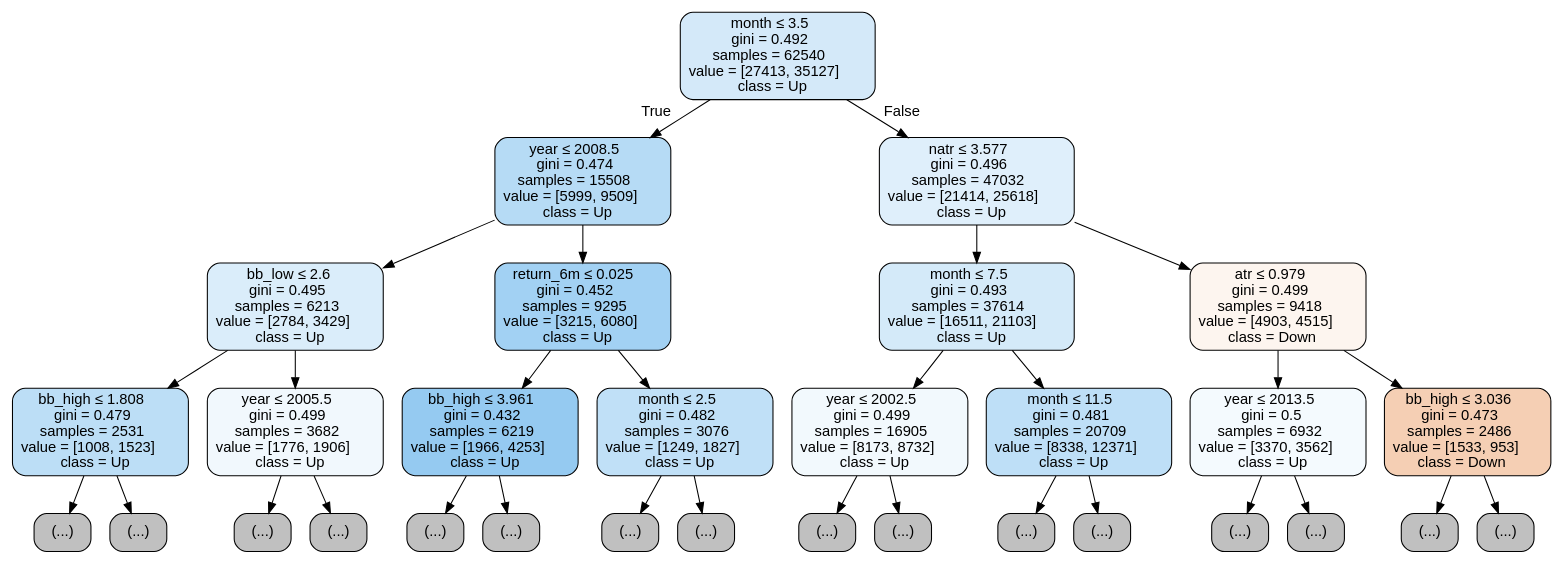
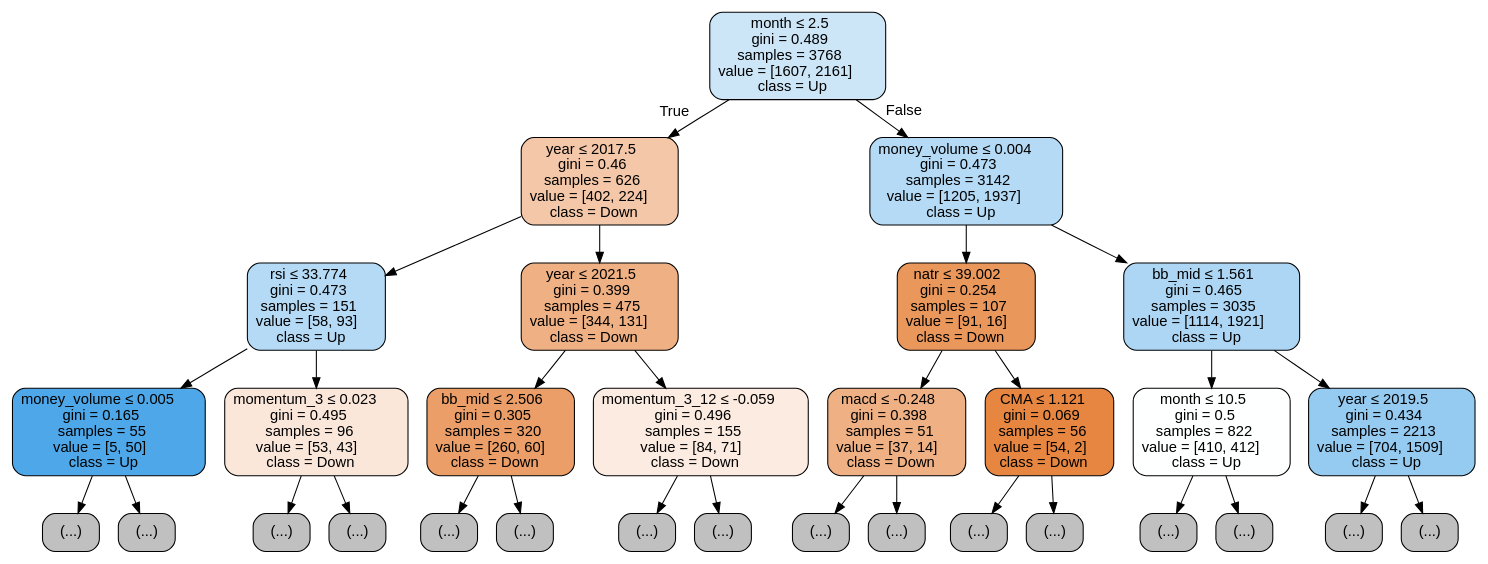
The diagram in notebooks/results/decision_trees/clf_tree.dot (roboadvisor-fiuba/portfolio-predictor), drawn with Graphviz before and after one commit. The commit also changed 11 other files, not shown here.

```diff
--- a/notebooks/results/decision_trees/clf_tree.dot
+++ b/notebooks/results/decision_trees/clf_tree.dot
@@ -1,65 +1,65 @@
 digraph Tree {
 node [shape=box, style="filled, rounded", color="black", fontname="helvetica"] ;
 edge [fontname="helvetica"] ;
-0 [label=<month &le; 3.5<br/>gini = 0.492<br/>samples = 62540<br/>value = [27413, 35127]<br/>class = Up>, fillcolor="#d4e9f9"] ;
-1 [label=<year &le; 2008.5<br/>gini = 0.474<br/>samples = 15508<br/>value = [5999, 9509]<br/>class = Up>, fillcolor="#b6dbf5"] ;
+0 [label=<month &le; 2.5<br/>gini = 0.489<br/>samples = 3768<br/>value = [1607, 2161]<br/>class = Up>, fillcolor="#cce6f8"] ;
+1 [label=<year &le; 2017.5<br/>gini = 0.46<br/>samples = 626<br/>value = [402, 224]<br/>class = Down>, fillcolor="#f3c7a7"] ;
 0 -> 1 [labeldistance=2.5, labelangle=45, headlabel="True"] ;
-2 [label=<bb_low &le; 2.6<br/>gini = 0.495<br/>samples = 6213<br/>value = [2784, 3429]<br/>class = Up>, fillcolor="#daedfa"] ;
+2 [label=<rsi &le; 33.774<br/>gini = 0.473<br/>samples = 151<br/>value = [58, 93]<br/>class = Up>, fillcolor="#b4daf5"] ;
 1 -> 2 ;
-3 [label=<bb_high &le; 1.808<br/>gini = 0.479<br/>samples = 2531<br/>value = [1008, 1523]<br/>class = Up>, fillcolor="#bcdef6"] ;
+3 [label=<money_volume &le; 0.005<br/>gini = 0.165<br/>samples = 55<br/>value = [5, 50]<br/>class = Up>, fillcolor="#4da7e8"] ;
 2 -> 3 ;
 4 [label="(...)", fillcolor="#C0C0C0"] ;
 3 -> 4 ;
-7 [label="(...)", fillcolor="#C0C0C0"] ;
-3 -> 7 ;
-10 [label=<year &le; 2005.5<br/>gini = 0.499<br/>samples = 3682<br/>value = [1776, 1906]<br/>class = Up>, fillcolor="#f1f8fd"] ;
-2 -> 10 ;
-11 [label="(...)", fillcolor="#C0C0C0"] ;
-10 -> 11 ;
-14 [label="(...)", fillcolor="#C0C0C0"] ;
-10 -> 14 ;
-17 [label=<return_6m &le; 0.025<br/>gini = 0.452<br/>samples = 9295<br/>value = [3215, 6080]<br/>class = Up>, fillcolor="#a2d1f3"] ;
-1 -> 17 ;
-18 [label=<bb_high &le; 3.961<br/>gini = 0.432<br/>samples = 6219<br/>value = [1966, 4253]<br/>class = Up>, fillcolor="#95caf1"] ;
-17 -> 18 ;
-19 [label="(...)", fillcolor="#C0C0C0"] ;
-18 -> 19 ;
-22 [label="(...)", fillcolor="#C0C0C0"] ;
-18 -> 22 ;
-25 [label=<month &le; 2.5<br/>gini = 0.482<br/>samples = 3076<br/>value = [1249, 1827]<br/>class = Up>, fillcolor="#c0e0f7"] ;
-17 -> 25 ;
-26 [label="(...)", fillcolor="#C0C0C0"] ;
-25 -> 26 ;
-29 [label="(...)", fillcolor="#C0C0C0"] ;
-25 -> 29 ;
-32 [label=<natr &le; 3.577<br/>gini = 0.496<br/>samples = 47032<br/>value = [21414, 25618]<br/>class = Up>, fillcolor="#dfeffb"] ;
-0 -> 32 [labeldistance=2.5, labelangle=-45, headlabel="False"] ;
-33 [label=<month &le; 7.5<br/>gini = 0.493<br/>samples = 37614<br/>value = [16511, 21103]<br/>class = Up>, fillcolor="#d4eaf9"] ;
+5 [label="(...)", fillcolor="#C0C0C0"] ;
+3 -> 5 ;
+8 [label=<momentum_3 &le; 0.023<br/>gini = 0.495<br/>samples = 96<br/>value = [53, 43]<br/>class = Down>, fillcolor="#fae7da"] ;
+2 -> 8 ;
+9 [label="(...)", fillcolor="#C0C0C0"] ;
+8 -> 9 ;
+12 [label="(...)", fillcolor="#C0C0C0"] ;
+8 -> 12 ;
+15 [label=<year &le; 2021.5<br/>gini = 0.399<br/>samples = 475<br/>value = [344, 131]<br/>class = Down>, fillcolor="#efb184"] ;
+1 -> 15 ;
+16 [label=<bb_mid &le; 2.506<br/>gini = 0.305<br/>samples = 320<br/>value = [260, 60]<br/>class = Down>, fillcolor="#eb9e67"] ;
+15 -> 16 ;
+17 [label="(...)", fillcolor="#C0C0C0"] ;
+16 -> 17 ;
+20 [label="(...)", fillcolor="#C0C0C0"] ;
+16 -> 20 ;
+23 [label=<momentum_3_12 &le; -0.059<br/>gini = 0.496<br/>samples = 155<br/>value = [84, 71]<br/>class = Down>, fillcolor="#fbebe0"] ;
+15 -> 23 ;
+24 [label="(...)", fillcolor="#C0C0C0"] ;
+23 -> 24 ;
+27 [label="(...)", fillcolor="#C0C0C0"] ;
+23 -> 27 ;
+30 [label=<money_volume &le; 0.004<br/>gini = 0.473<br/>samples = 3142<br/>value = [1205, 1937]<br/>class = Up>, fillcolor="#b4daf5"] ;
+0 -> 30 [labeldistance=2.5, labelangle=-45, headlabel="False"] ;
+31 [label=<natr &le; 39.002<br/>gini = 0.254<br/>samples = 107<br/>value = [91, 16]<br/>class = Down>, fillcolor="#ea975c"] ;
+30 -> 31 ;
+32 [label=<macd &le; -0.248<br/>gini = 0.398<br/>samples = 51<br/>value = [37, 14]<br/>class = Down>, fillcolor="#efb184"] ;
+31 -> 32 ;
+33 [label="(...)", fillcolor="#C0C0C0"] ;
 32 -> 33 ;
-34 [label=<year &le; 2002.5<br/>gini = 0.499<br/>samples = 16905<br/>value = [8173, 8732]<br/>class = Up>, fillcolor="#f2f9fd"] ;
-33 -> 34 ;
-35 [label="(...)", fillcolor="#C0C0C0"] ;
-34 -> 35 ;
-38 [label="(...)", fillcolor="#C0C0C0"] ;
-34 -> 38 ;
-41 [label=<month &le; 11.5<br/>gini = 0.481<br/>samples = 20709<br/>value = [8338, 12371]<br/>class = Up>, fillcolor="#bedff7"] ;
-33 -> 41 ;
-42 [label="(...)", fillcolor="#C0C0C0"] ;
-41 -> 42 ;
-45 [label="(...)", fillcolor="#C0C0C0"] ;
-41 -> 45 ;
-48 [label=<atr &le; 0.979<br/>gini = 0.499<br/>samples = 9418<br/>value = [4903, 4515]<br/>class = Down>, fillcolor="#fdf5ef"] ;
-32 -> 48 ;
-49 [label=<year &le; 2013.5<br/>gini = 0.5<br/>samples = 6932<br/>value = [3370, 3562]<br/>class = Up>, fillcolor="#f4fafe"] ;
-48 -> 49 ;
-50 [label="(...)", fillcolor="#C0C0C0"] ;
-49 -> 50 ;
-53 [label="(...)", fillcolor="#C0C0C0"] ;
-49 -> 53 ;
-56 [label=<bb_high &le; 3.036<br/>gini = 0.473<br/>samples = 2486<br/>value = [1533, 953]<br/>class = Down>, fillcolor="#f5cfb4"] ;
-48 -> 56 ;
-57 [label="(...)", fillcolor="#C0C0C0"] ;
-56 -> 57 ;
-60 [label="(...)", fillcolor="#C0C0C0"] ;
-56 -> 60 ;
+36 [label="(...)", fillcolor="#C0C0C0"] ;
+32 -> 36 ;
+39 [label=<CMA &le; 1.121<br/>gini = 0.069<br/>samples = 56<br/>value = [54, 2]<br/>class = Down>, fillcolor="#e68640"] ;
+31 -> 39 ;
+40 [label="(...)", fillcolor="#C0C0C0"] ;
+39 -> 40 ;
+43 [label="(...)", fillcolor="#C0C0C0"] ;
+39 -> 43 ;
+46 [label=<bb_mid &le; 1.561<br/>gini = 0.465<br/>samples = 3035<br/>value = [1114, 1921]<br/>class = Up>, fillcolor="#acd6f4"] ;
+30 -> 46 ;
+47 [label=<month &le; 10.5<br/>gini = 0.5<br/>samples = 822<br/>value = [410, 412]<br/>class = Up>, fillcolor="#feffff"] ;
+46 -> 47 ;
+48 [label="(...)", fillcolor="#C0C0C0"] ;
+47 -> 48 ;
+51 [label="(...)", fillcolor="#C0C0C0"] ;
+47 -> 51 ;
+54 [label=<year &le; 2019.5<br/>gini = 0.434<br/>samples = 2213<br/>value = [704, 1509]<br/>class = Up>, fillcolor="#95cbf1"] ;
+46 -> 54 ;
+55 [label="(...)", fillcolor="#C0C0C0"] ;
+54 -> 55 ;
+58 [label="(...)", fillcolor="#C0C0C0"] ;
+54 -> 58 ;
 }
```
